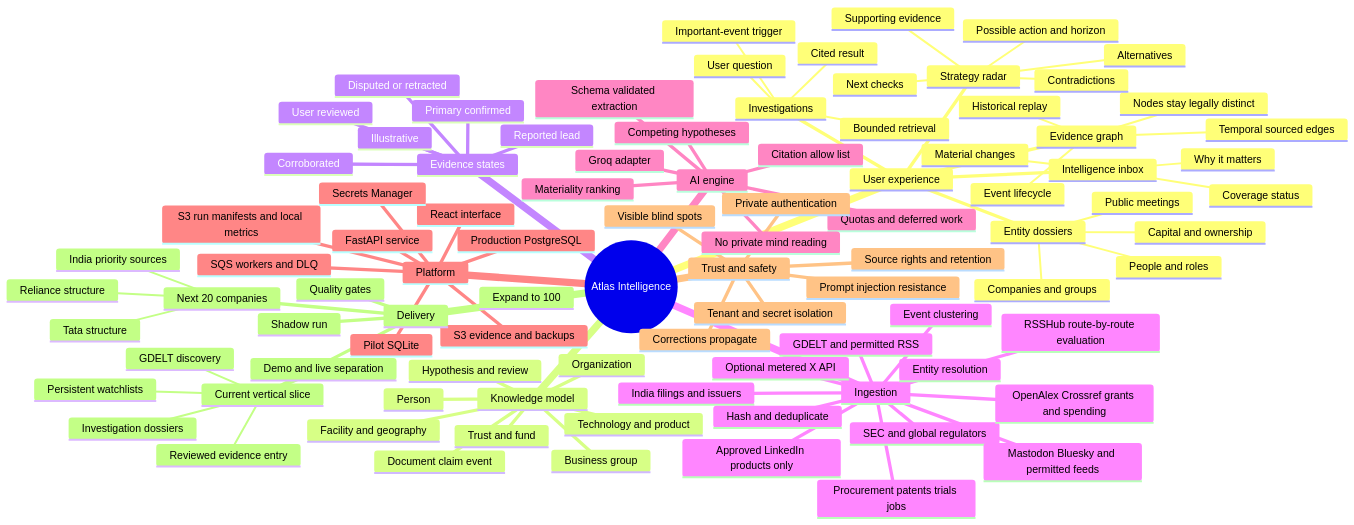
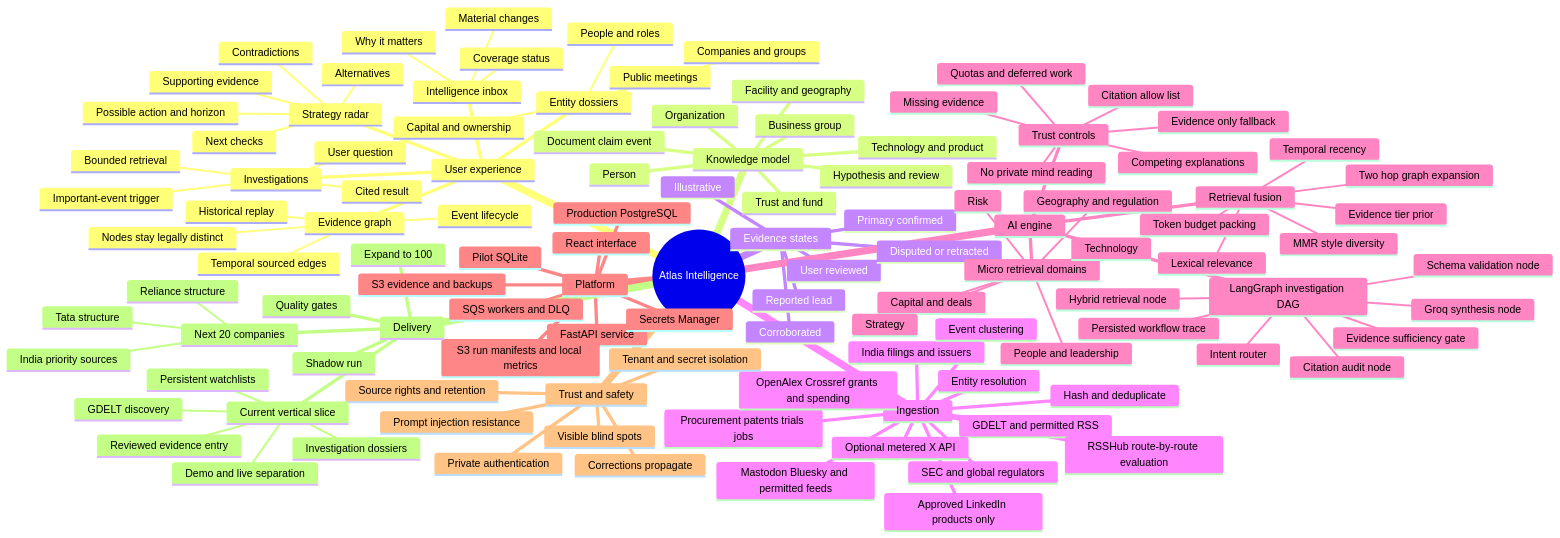
One commit to techieguy-kartik/mind-map changed the first of 3 diagrams in docs/IMPLEMENTATION_MIND_MAP.md. Above: the diagram before and after it, drawn with Mermaid. The commit also changed other lines of this file and 19 other files, not shown here.

Commit message:
Add routed LangGraph hybrid RAG investigations

```diff
--- a/docs/IMPLEMENTATION_MIND_MAP.md
+++ b/docs/IMPLEMENTATION_MIND_MAP.md
@@ -61,13 +61,35 @@
       Entity resolution
       Event clustering
     AI engine
-      Groq adapter
-      Schema validated extraction
-      Citation allow list
-      Materiality ranking
-      Competing hypotheses
-      Quotas and deferred work
-      No private mind reading
+      LangGraph investigation DAG
+        Intent router
+        Hybrid retrieval node
+        Evidence sufficiency gate
+        Groq synthesis node
+        Schema validation node
+        Citation audit node
+        Persisted workflow trace
+      Micro retrieval domains
+        Capital and deals
+        People and leadership
+        Technology
+        Geography and regulation
+        Risk
+        Strategy
+      Retrieval fusion
+        Lexical relevance
+        Temporal recency
+        Evidence tier prior
+        Two hop graph expansion
+        MMR style diversity
+        Token budget packing
+      Trust controls
+        Citation allow list
+        Competing explanations
+        Missing evidence
+        Evidence only fallback
+        Quotas and deferred work
+        No private mind reading
     Platform
       React interface
       FastAPI service
```
